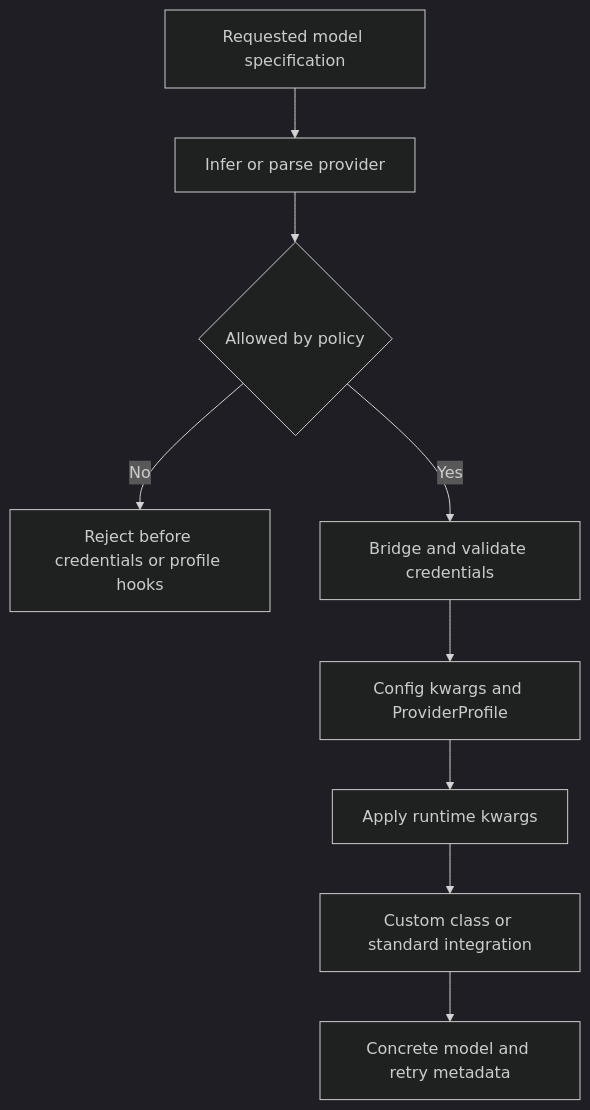
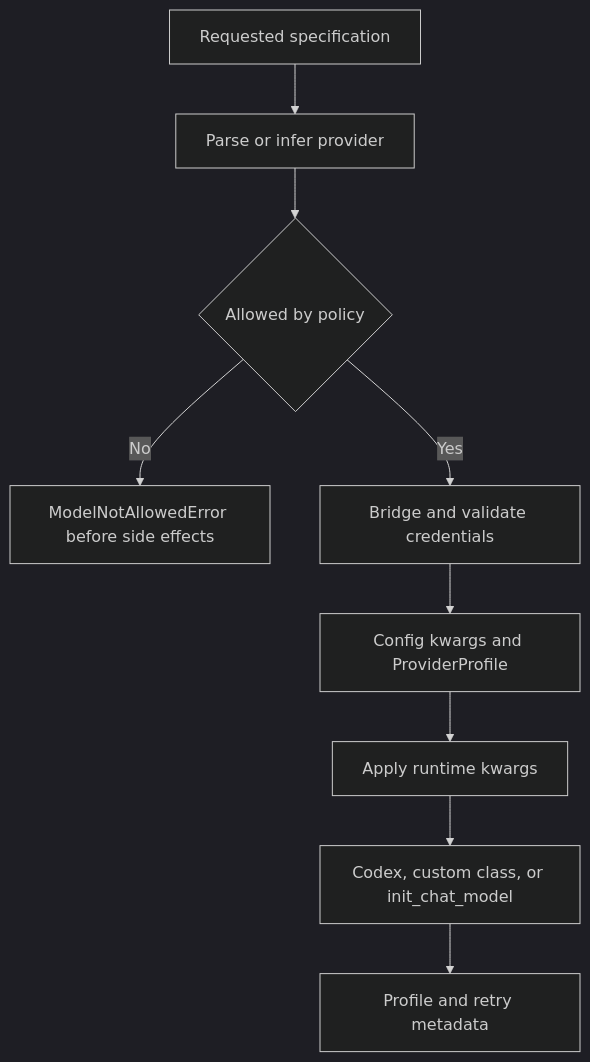
Before and after one commit to langchain-ai/deepagents: the third of 3 diagrams in openwiki/concepts/profiles-models.md, drawn with Mermaid (dark theme). The commit also changed other lines of this file and 69 other files, not shown here.

````diff
--- a/openwiki/concepts/profiles-models.md
+++ b/openwiki/concepts/profiles-models.md
@@ -108,11 +104,11 @@
 ```mermaid
 flowchart TD
-    Requested["Requested model specification"] --> Infer["Infer or parse provider"]
+    Requested["Requested specification"] --> Infer["Parse or infer provider"]
     Infer --> Allowed{"Allowed by policy"}
-    Allowed -->|No| Denied["Reject before credentials or profile hooks"]
-    Allowed -->|Yes| Credentials["Bridge and validate credentials"]
-    Credentials --> Profile["Config kwargs and ProviderProfile"]
-    Profile --> Runtime["Apply runtime kwargs"]
-    Runtime --> Construct["Custom class or standard integration"]
-    Construct --> Result["Concrete model and retry metadata"]
+    Allowed -->|No| Denied["ModelNotAllowedError before side effects"]
+    Allowed -->|Yes| Auth["Bridge and validate credentials"]
+    Auth --> Defaults["Config kwargs and ProviderProfile"]
+    Defaults --> Runtime["Apply runtime kwargs"]
+    Runtime --> Build["Codex, custom class, or init_chat_model"]
+    Build --> Metadata["Profile and retry metadata"]
 ```
````
